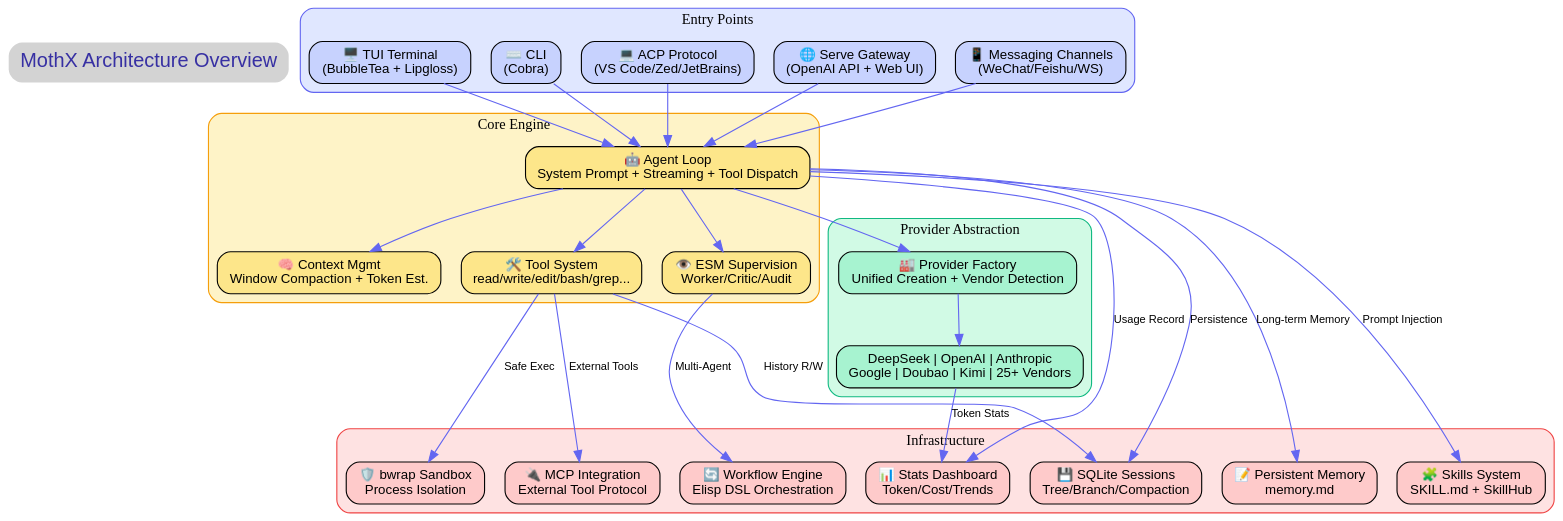
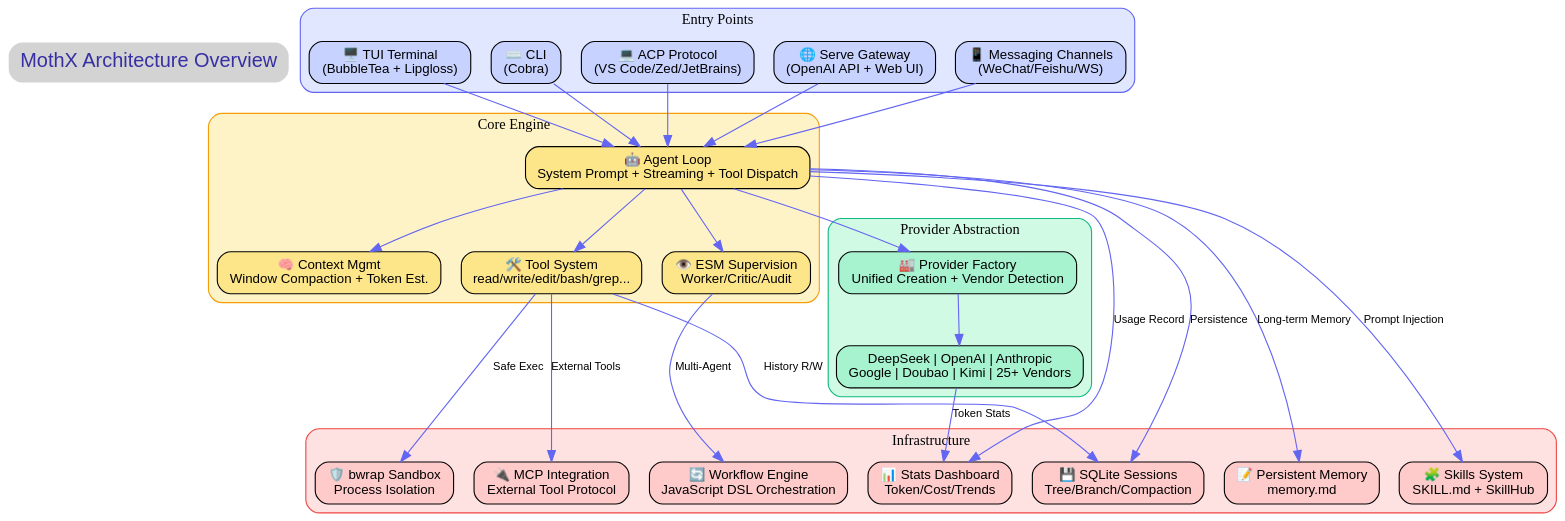
One commit to CodeYHJ/mothx changed the diagram in docs/assets/dot/architecture-en.dot. Above: the diagram before and after it, drawn with Graphviz. The commit also changed 48 other files, not shown here.

First line of the commit message:
refactor(workflow): migrate from Emacs Lisp to JavaScript

```diff
--- a/docs/assets/dot/architecture-en.dot
+++ b/docs/assets/dot/architecture-en.dot
@@ -1,89 +1,89 @@
 digraph MothXArchitecture {
     rankdir=TB;
     bgcolor="transparent";
     node [shape=box, style="rounded,filled", fontname="Arial", fontsize=12, margin="0.15,0.08"];
     edge [fontname="Arial", fontsize=10, color="#6366f1"];
 
     // Title
     title [label="MothX Architecture Overview", shape=plaintext, fontsize=18, fontcolor="#3730a3"];
 
     // Input Layer
     subgraph cluster_input {
         label="Entry Points";
         style="rounded,filled";
         fillcolor="#e0e7ff";
         color="#6366f1";
         fontsize=13;
         tui [label="🖥️ TUI Terminal\n(BubbleTea + Lipgloss)", fillcolor="#c7d2fe"];
         cli [label="⌨️ CLI\n(Cobra)", fillcolor="#c7d2fe"];
         acp [label="💻 ACP Protocol\n(VS Code/Zed/JetBrains)", fillcolor="#c7d2fe"];
         serve [label="🌐 Serve Gateway\n(OpenAI API + Web UI)", fillcolor="#c7d2fe"];
         channels [label="📱 Messaging Channels\n(WeChat/Feishu/WS)", fillcolor="#c7d2fe"];
     }
 
     // Core Layer
     subgraph cluster_core {
         label="Core Engine";
         style="rounded,filled";
         fillcolor="#fef3c7";
         color="#f59e0b";
         fontsize=13;
         agent [label="🤖 Agent Loop\nSystem Prompt + Streaming + Tool Dispatch", fillcolor="#fde68a"];
         context [label="🧠 Context Mgmt\nWindow Compaction + Token Est.", fillcolor="#fde68a"];
         tools [label="🛠️ Tool System\nread/write/edit/bash/grep...", fillcolor="#fde68a"];
         esm [label="👁️ ESM Supervision\nWorker/Critic/Audit", fillcolor="#fde68a"];
     }
 
     // Provider Layer
     subgraph cluster_provider {
         label="Provider Abstraction";
         style="rounded,filled";
         fillcolor="#d1fae5";
         color="#10b981";
         fontsize=13;
         factory [label="🏭 Provider Factory\nUnified Creation + Vendor Detection", fillcolor="#a7f3d0"];
         providers [label="DeepSeek | OpenAI | Anthropic\nGoogle | Doubao | Kimi | 25+ Vendors", fillcolor="#a7f3d0"];
     }
 
     // Infrastructure Layer
     subgraph cluster_infra {
         label="Infrastructure";
         style="rounded,filled";
         fillcolor="#fee2e2";
         color="#ef4444";
         fontsize=13;
         session [label="💾 SQLite Sessions\nTree/Branch/Compaction", fillcolor="#fecaca"];
         sandbox [label="🛡️ bwrap Sandbox\nProcess Isolation", fillcolor="#fecaca"];
         skills [label="🧩 Skills System\nSKILL.md + SkillHub", fillcolor="#fecaca"];
         mcp [label="🔌 MCP Integration\nExternal Tool Protocol", fillcolor="#fecaca"];
         stats [label="📊 Stats Dashboard\nToken/Cost/Trends", fillcolor="#fecaca"];
         memory [label="📝 Persistent Memory\nmemory.md", fillcolor="#fecaca"];
-        workflow [label="🔄 Workflow Engine\nElisp DSL Orchestration", fillcolor="#fecaca"];
+        workflow [label="🔄 Workflow Engine\nJavaScript DSL Orchestration", fillcolor="#fecaca"];
     }
 
     // Connections
     tui -> agent;
     cli -> agent;
     acp -> agent;
     serve -> agent;
     channels -> agent;
 
     agent -> context;
     agent -> tools;
     agent -> esm;
     agent -> factory;
 
     factory -> providers;
 
     tools -> sandbox [label="Safe Exec"];
     tools -> session [label="History R/W"];
     tools -> mcp [label="External Tools"];
 
     agent -> session [label="Persistence"];
     agent -> skills [label="Prompt Injection"];
     agent -> memory [label="Long-term Memory"];
     agent -> stats [label="Usage Record"];
     esm -> workflow [label="Multi-Agent"];
 
     providers -> stats [label="Token Stats"];
 }
```
